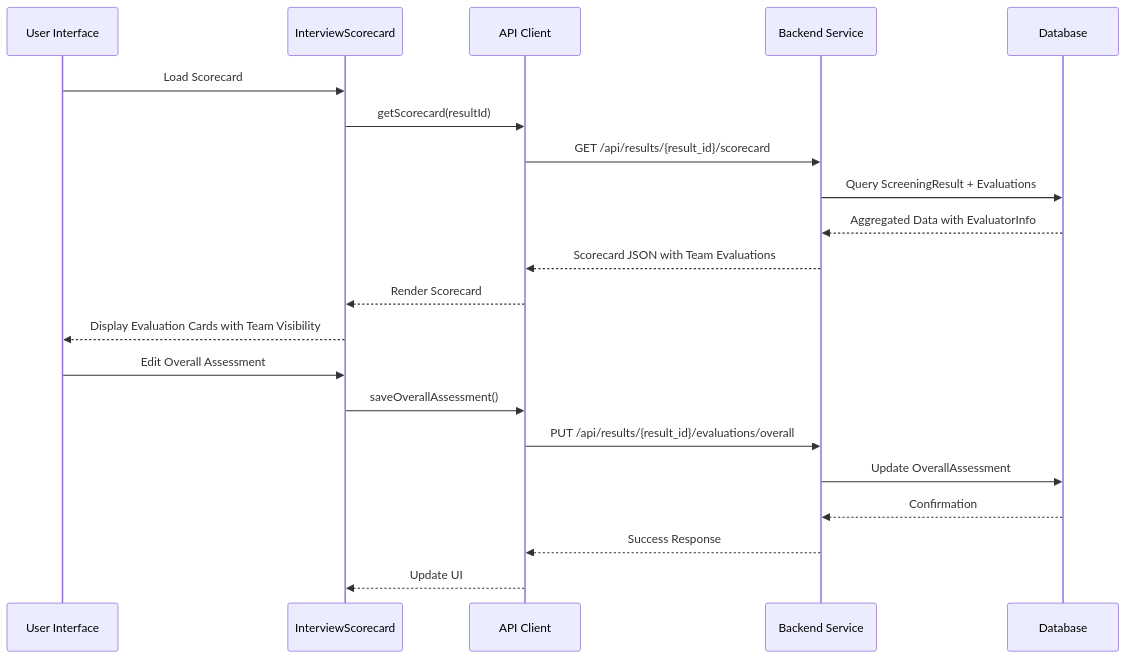
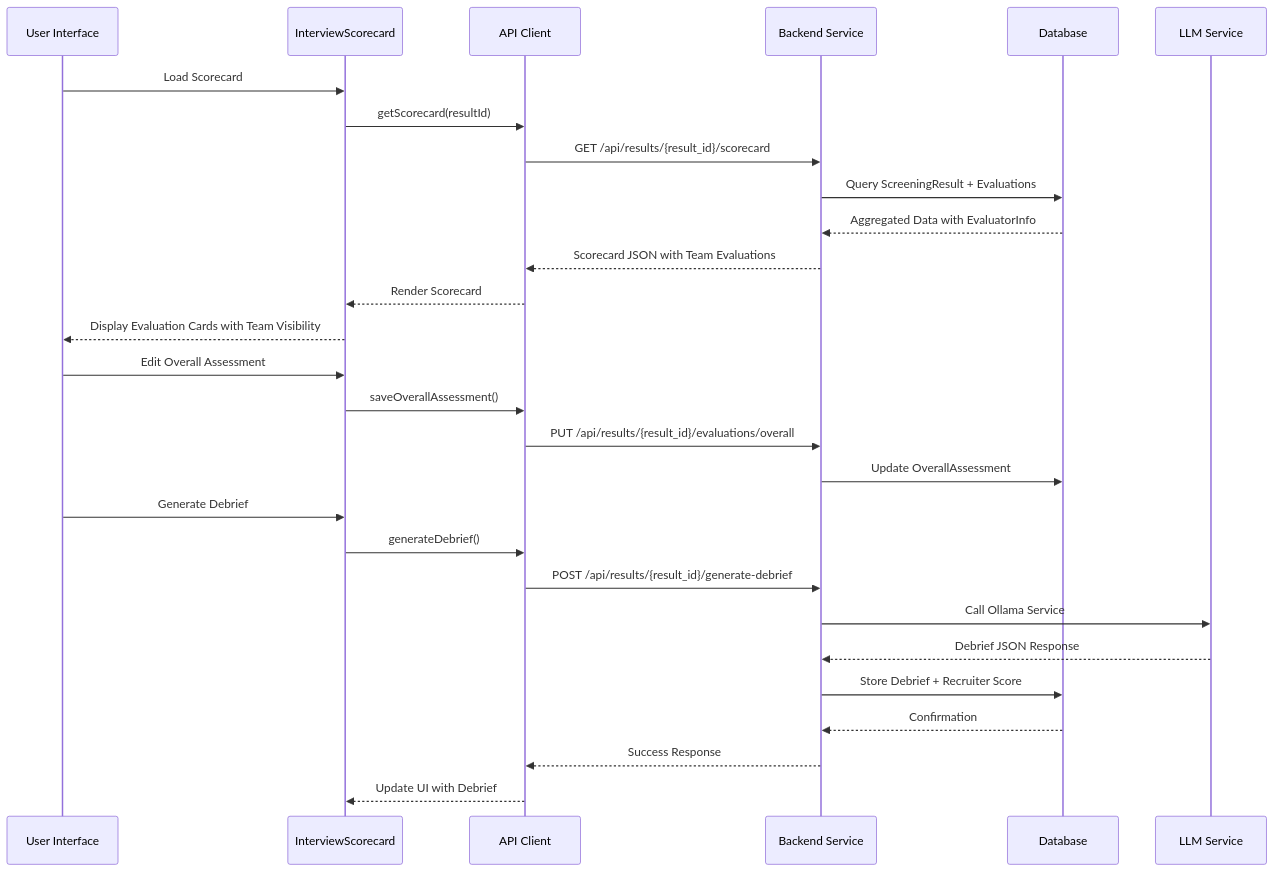
The second of 10 diagrams in .qoder/repowiki/en/content/Frontend Architecture/Component Library/Interview Scorecard Component.md (Revanththetalogics/aireume), drawn with Mermaid before and after one commit. The commit also changed other lines of this file and 6 other files, not shown here.

````diff
--- a/.qoder/repowiki/en/content/Frontend Architecture/Component Library/Interview Scorecard Component.md
+++ b/.qoder/repowiki/en/content/Frontend Architecture/Component Library/Interview Scorecard Component.md
@@ -102,23 +121,30 @@
 ```mermaid
 sequenceDiagram
 participant User as User Interface
 participant IS as InterviewScorecard
 participant API as API Client
 participant BE as Backend Service
 participant DB as Database
+participant LLM as LLM Service
 User->>IS : Load Scorecard
 IS->>API : getScorecard(resultId)
 API->>BE : GET /api/results/{result_id}/scorecard
 BE->>DB : Query ScreeningResult + Evaluations
 DB-->>BE : Aggregated Data with EvaluatorInfo
 BE-->>API : Scorecard JSON with Team Evaluations
 API-->>IS : Render Scorecard
 IS-->>User : Display Evaluation Cards with Team Visibility
 User->>IS : Edit Overall Assessment
 IS->>API : saveOverallAssessment()
 API->>BE : PUT /api/results/{result_id}/evaluations/overall
 BE->>DB : Update OverallAssessment
+User->>IS : Generate Debrief
+IS->>API : generateDebrief()
+API->>BE : POST /api/results/{result_id}/generate-debrief
+BE->>LLM : Call Ollama Service
+LLM-->>BE : Debrief JSON Response
+BE->>DB : Store Debrief + Recruiter Score
 DB-->>BE : Confirmation
 BE-->>API : Success Response
-API-->>IS : Update UI
+API-->>IS : Update UI with Debrief
 ```
````
